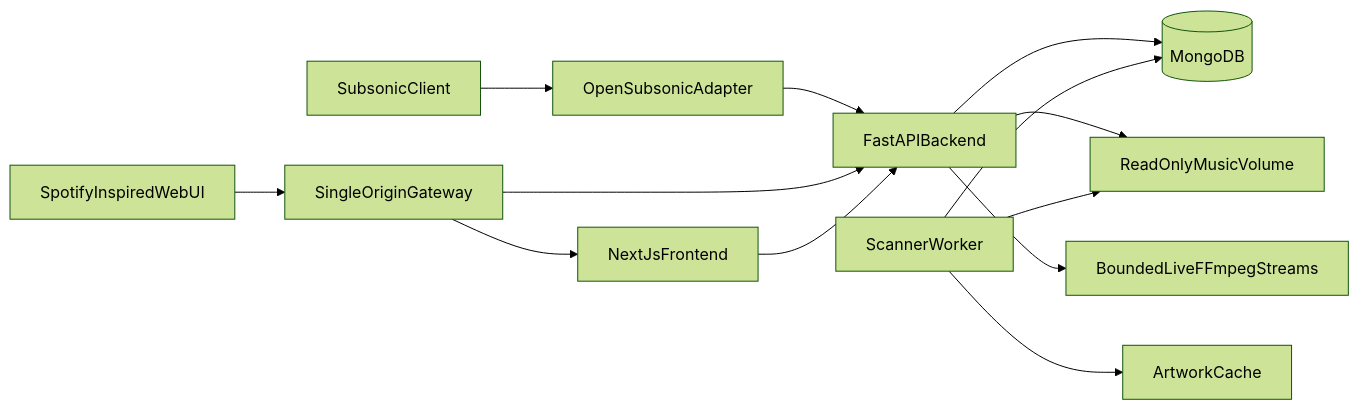
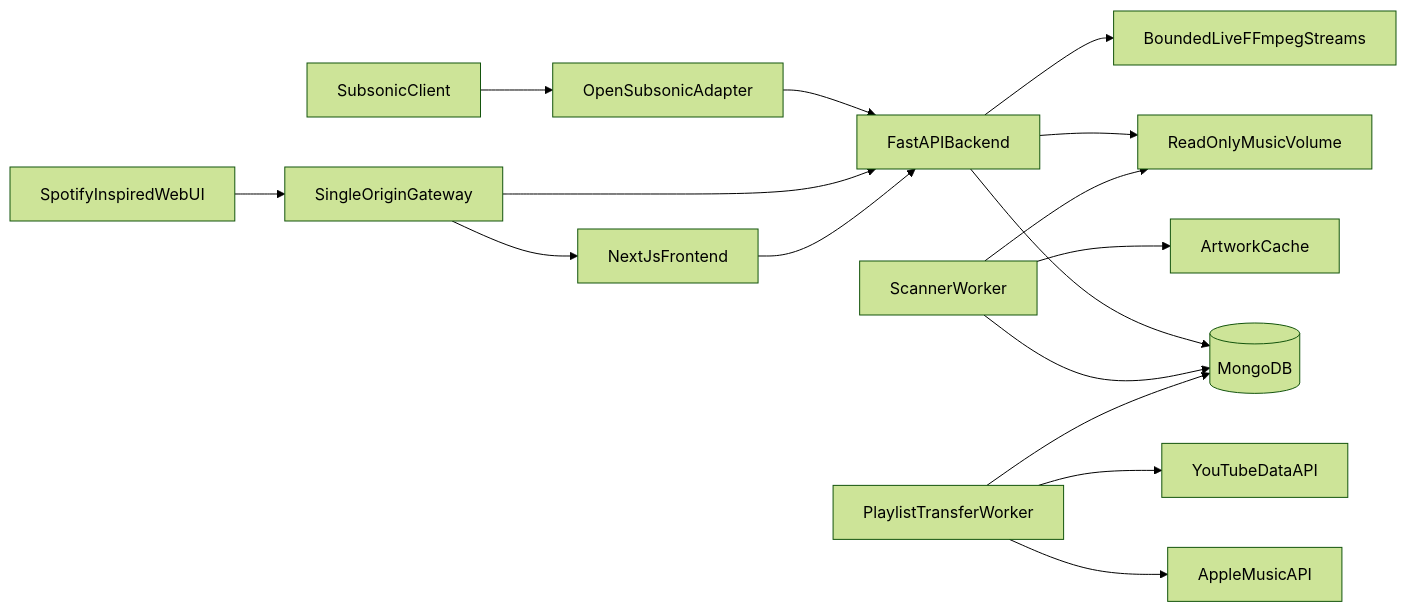
One commit to oscoDOTblog/dtp-tunes changed the diagram in docs/ARCHITECTURE.md. Above: the diagram before and after it, drawn with Mermaid (forest theme). The commit also changed other lines of this file and 30 other files, not shown here.

````diff
--- a/docs/ARCHITECTURE.md
+++ b/docs/ARCHITECTURE.md
@@ -5,15 +5,18 @@
 ```mermaid
 flowchart LR
     WebClient[SpotifyInspiredWebUI] --> Gateway[SingleOriginGateway]
     Gateway --> NextApp[NextJsFrontend]
     SubsonicClient[SubsonicClient] --> RestAdapter[OpenSubsonicAdapter]
     RestAdapter --> FastAPI[FastAPIBackend]
     Gateway --> FastAPI
     NextApp --> FastAPI
     FastAPI --> MongoDB[(MongoDB)]
     FastAPI --> MusicVolume[ReadOnlyMusicVolume]
     FastAPI --> FFmpeg[BoundedLiveFFmpegStreams]
     ScanWorker[ScannerWorker] --> MongoDB
+    TransferWorker[PlaylistTransferWorker] --> MongoDB
+    TransferWorker --> AppleMusicAPI[AppleMusicAPI]
+    TransferWorker --> YouTubeAPI[YouTubeDataAPI]
     ScanWorker --> MusicVolume
     ScanWorker --> CacheVolume[ArtworkCache]
 ```
````
